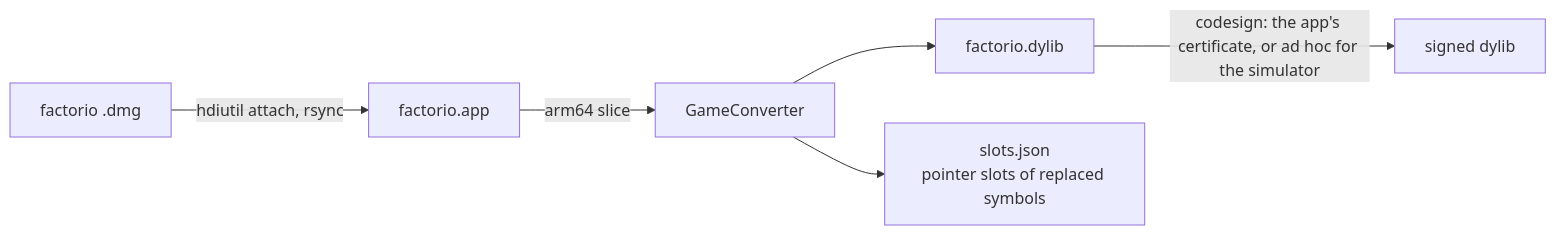
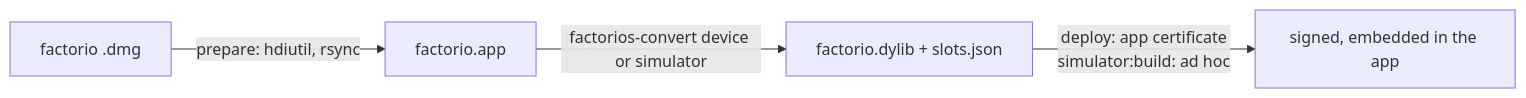
The second of 3 diagrams in docs/architecture.md (klesersurovyj-a11y/factorios), drawn with Mermaid before and after one commit. The commit also changed other lines of this file and 5 other files, not shown here.

````diff
--- a/docs/architecture.md
+++ b/docs/architecture.md
@@ -25,8 +25,6 @@
 ```mermaid
 flowchart LR
-    dmg[factorio .dmg] -->|hdiutil attach, rsync| app[factorio.app]
-    app -->|arm64 slice| conv[GameConverter]
-    conv --> dylib[factorio.dylib]
-    conv --> slots[slots.json<br/>pointer slots of replaced symbols]
-    dylib -->|codesign: the app's certificate, or ad hoc for the simulator| signed[signed dylib]
+    dmg[factorio .dmg] -->|prepare: hdiutil, rsync| app[factorio.app]
+    app -->|factorios-convert device or simulator| dylib[factorio.dylib + slots.json]
+    dylib -->|deploy: app certificate<br/>simulator:build: ad hoc| signed[signed, embedded in the app]
 ```
````
